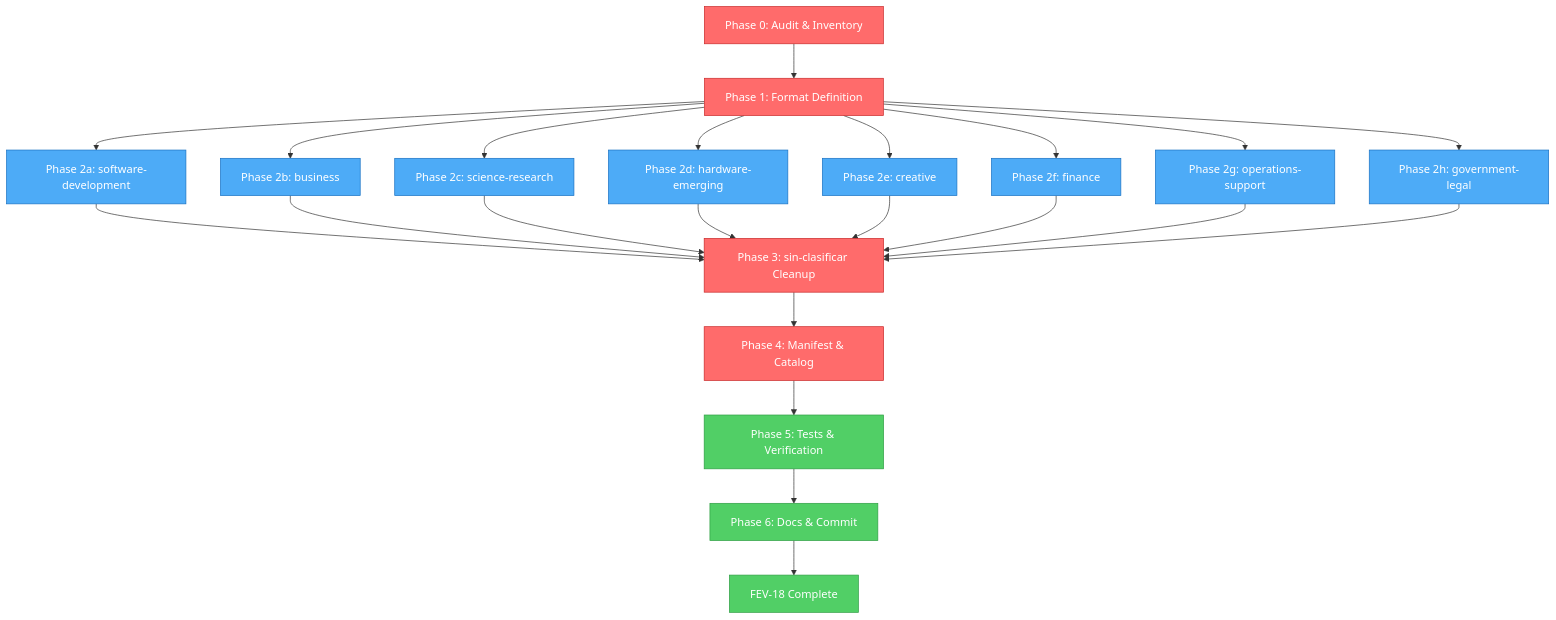
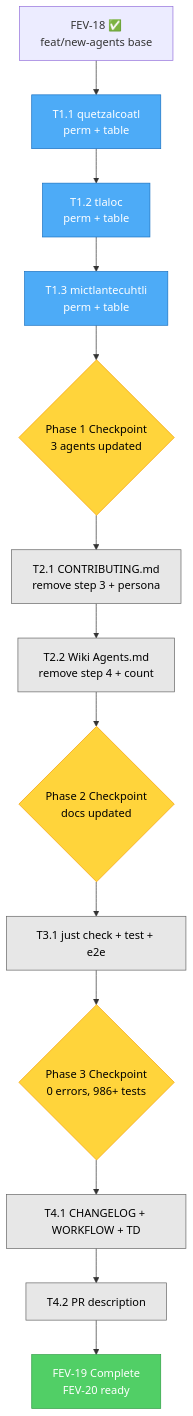
One commit to Fisherk2/codice-opencode changed the first of 2 diagrams in tasks/plan.md. Above: the diagram before and after it, drawn with Mermaid. The commit also changed other lines of this file and 1 other file, not shown here.

First line of the commit message:
chore(tasks): establish FEV-19 execution plan (permission unification + subagent table removal)

````diff
--- a/tasks/plan.md
+++ b/tasks/plan.md
@@ -138,33 +128,21 @@
 ```mermaid
 graph TD
-    P0[Phase 0: Audit & Inventory] --> P1[Phase 1: Format Definition]
-    P1 --> P2A[Phase 2a: software-development]
-    P1 --> P2B[Phase 2b: business]
-    P1 --> P2C[Phase 2c: science-research]
-    P1 --> P2D[Phase 2d: hardware-emerging]
-    P1 --> P2E[Phase 2e: creative]
-    P1 --> P2F[Phase 2f: finance]
-    P1 --> P2G[Phase 2g: operations-support]
-    P1 --> P2H[Phase 2h: government-legal]
-    P2A --> P3[Phase 3: sin-clasificar Cleanup]
-    P2B --> P3
-    P2C --> P3
-    P2D --> P3
-    P2E --> P3
-    P2F --> P3
-    P2G --> P3
-    P2H --> P3
-    P3 --> P4[Phase 4: Manifest & Catalog]
-    P4 --> P5[Phase 5: Tests & Verification]
-    P5 --> P6[Phase 6: Docs & Commit]
-    P6 --> DONE[FEV-18 Complete]
+    F18[FEV-18 ✅<br/>feat/new-agents base] --> T11
+    T11[T1.1 quetzalcoatl<br/>perm + table]:::par --> T12
+    T12[T1.2 tlaloc<br/>perm + table]:::par --> T13
+    T13[T1.3 mictlantecuhtli<br/>perm + table]:::par --> CP1
+    CP1{Phase 1 Checkpoint<br/>3 agents updated}:::gate --> T21
+    T21[T2.1 CONTRIBUTING.md<br/>remove step 3 + persona]:::seq --> T22
+    T22[T2.2 Wiki Agents.md<br/>remove step 4 + count]:::seq --> CP2
+    CP2{Phase 2 Checkpoint<br/>docs updated}:::gate --> T31
+    T31[T3.1 just check + test + e2e]:::seq --> CP3
+    CP3{Phase 3 Checkpoint<br/>0 errors, 986+ tests}:::gate --> T41
+    T41[T4.1 CHANGELOG + WORKFLOW + TD]:::seq --> T42
+    T42[T4.2 PR description]:::seq --> DONE
+    DONE[FEV-19 Complete<br/>FEV-20 ready]:::done
 
-    classDef crit fill:#ff6b6b,stroke:#c92a2a,color:#fff
-    classDef gate fill:#51cf66,stroke:#2f9e44,color:#fff
+    classDef done fill:#51cf66,stroke:#2f9e44,color:#fff
+    classDef gate fill:#ffd43b,stroke:#f59f00,color:#000
     classDef par fill:#4dabf7,stroke:#1971c2,color:#fff
-    classDef seq fill:#ffd43b,stroke:#f59f00,color:#000
-
-    class P0,P1,P3,P4 crit
-    class P5,P6,DONE gate
-    class P2A,P2B,P2C,P2D,P2E,P2F,P2G,P2H par
+    classDef seq fill:#e7e7e7,stroke:#666,color:#000
 ```
````
